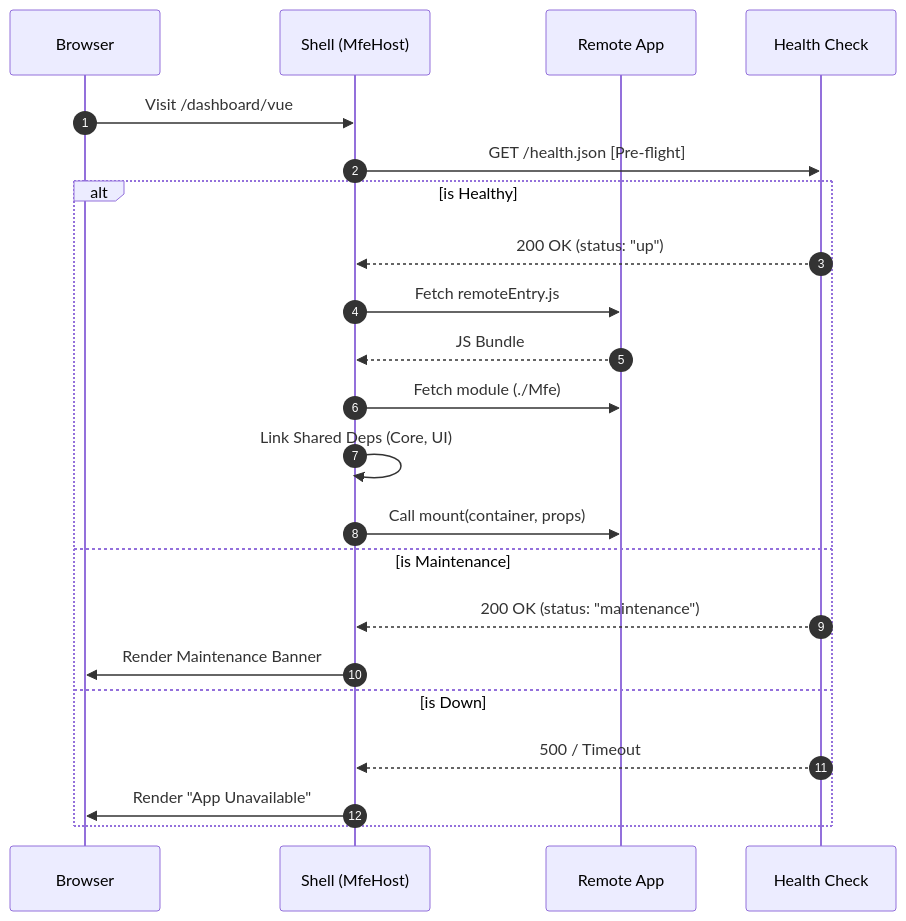
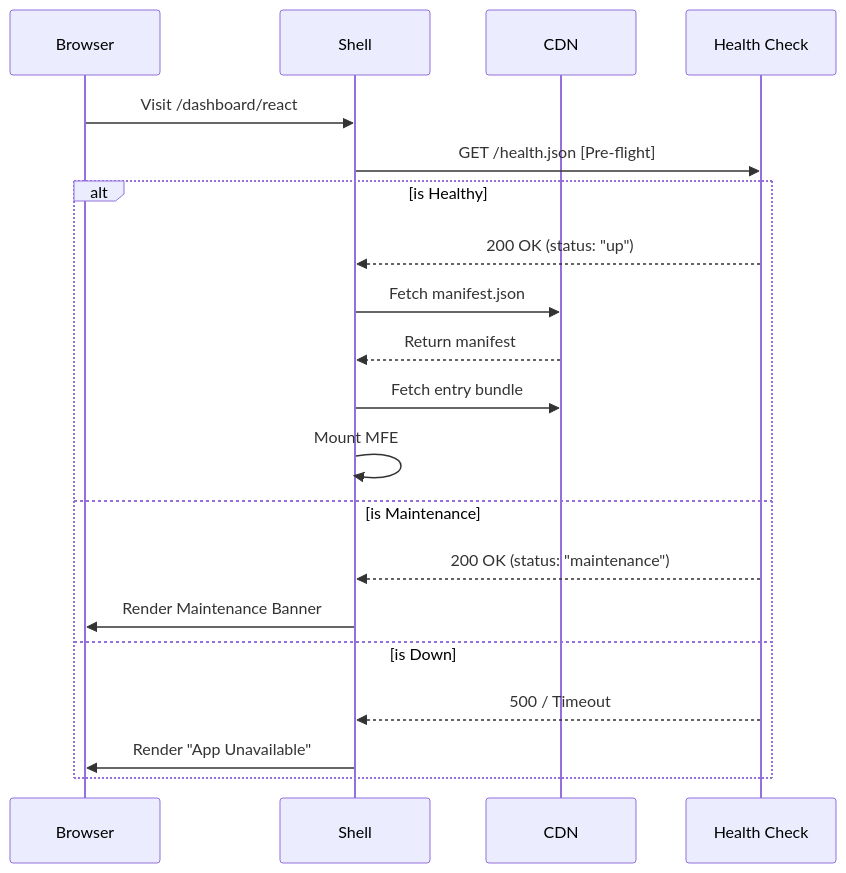
Before and after one commit to tian972k/micro-fontend-base: the third of 7 diagrams in docs/ARCHITECTURE.md, drawn with Mermaid. The commit also changed other lines of this file and 136 other files, not shown here.

````diff
--- a/docs/ARCHITECTURE.md
+++ b/docs/ARCHITECTURE.md
@@ -75,26 +105,24 @@
 ```mermaid
 sequenceDiagram
-    autonumber
     participant Browser
-    participant Shell as Shell (MfeHost)
-    participant Remote as Remote App
+    participant Shell
+    participant CDN
     participant Health as Health Check
 
-    Browser->>Shell: Visit /dashboard/vue
+    Browser->>Shell: Visit /dashboard/react
     Shell->>Health: GET /health.json [Pre-flight]
 
     alt is Healthy
         Health-->>Shell: 200 OK (status: "up")
-        Shell->>Remote: Fetch remoteEntry.js
-        Remote-->>Shell: JS Bundle
-        Shell->>Remote: Fetch module (./Mfe)
-        Shell->>Shell: Link Shared Deps (Core, UI)
-        Shell->>Remote: Call mount(container, props)
+        Shell->>CDN: Fetch manifest.json
+        CDN-->>Shell: Return manifest
+        Shell->>CDN: Fetch entry bundle
+        Shell->>Shell: Mount MFE
     else is Maintenance
         Health-->>Shell: 200 OK (status: "maintenance")
         Shell->>Browser: Render Maintenance Banner
     else is Down
         Health-->>Shell: 500 / Timeout
         Shell->>Browser: Render "App Unavailable"
     end
 ```
````
